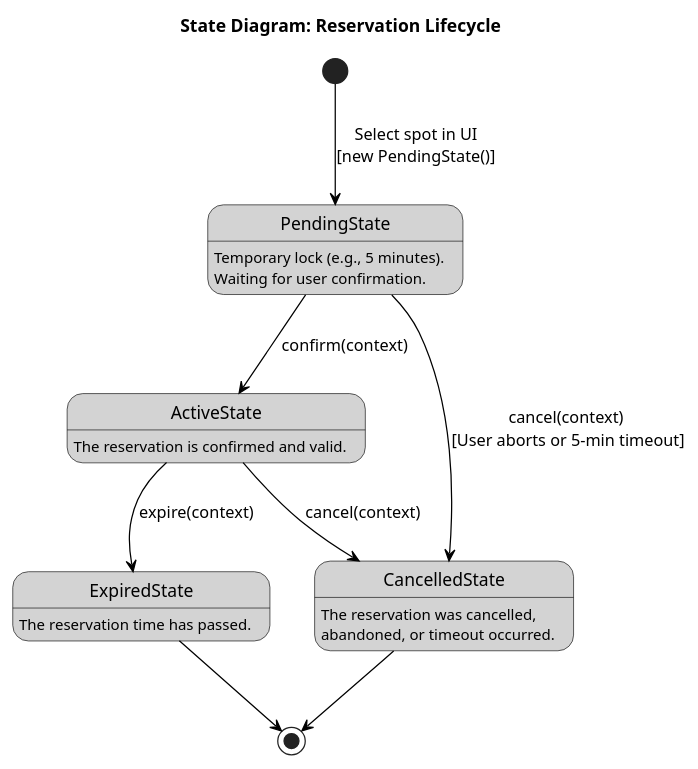
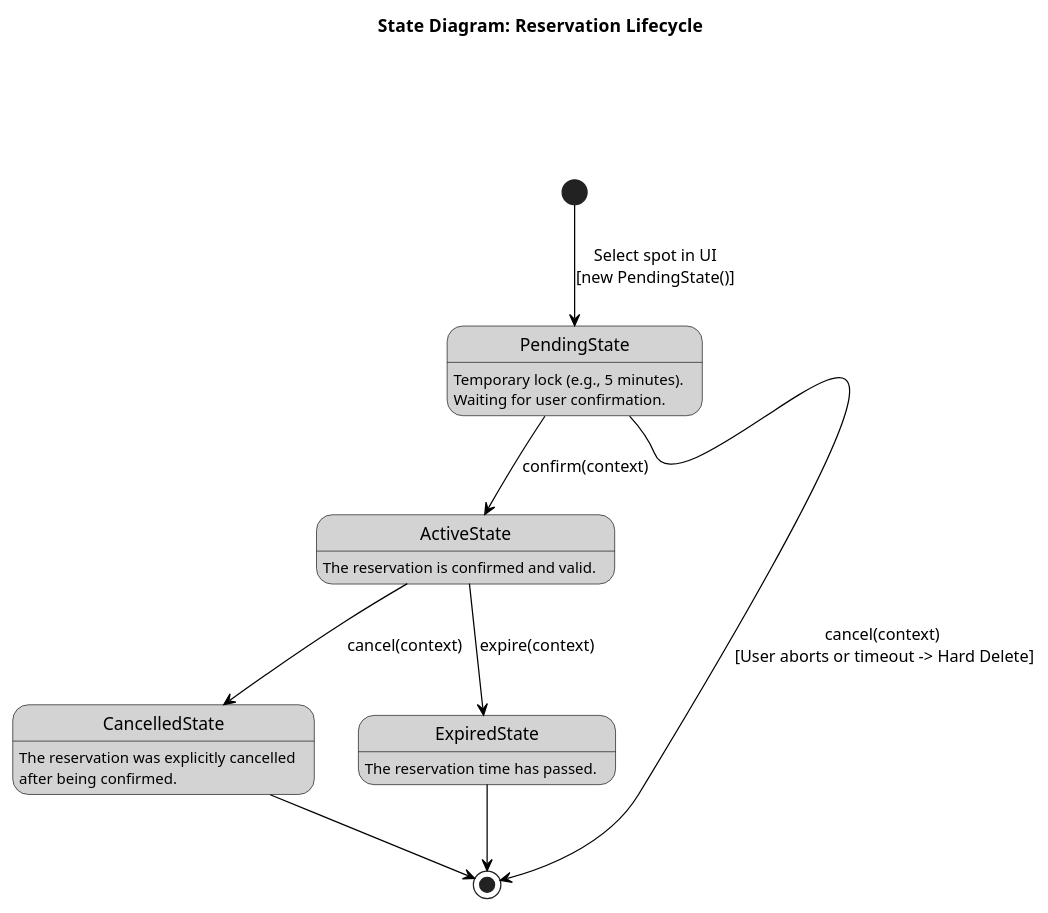
One commit to AidenCze/SWI-Project changed the diagram in docs/diagramy/state-reservation.puml. Above: the diagram before and after it, drawn with PlantUML. The commit also changed 2 other files, not shown here.

Commit message:
Add delete method to Reservation class and refine state descriptions in diagrams

```diff
--- a/docs/diagramy/state-reservation.puml
+++ b/docs/diagramy/state-reservation.puml
@@ -1,41 +1,41 @@
 @startuml
-title State Diagram: Reservation Lifecycle
+title State  Diagram: Reservation Lifecycle
 
 skinparam state {
     BackgroundColor LightGray
     BorderColor Black
     ArrowColor Black
 }
 
 ' Initial state creates a temporary lock
 [*] --> PendingState : Select spot in UI\n[new PendingState()]
 
 state PendingState {
     PendingState : Temporary lock (e.g., 5 minutes).\nWaiting for user confirmation.
 }
 
 state ActiveState {
     ActiveState : The reservation is confirmed and valid.
 }
 
 state CancelledState {
-    CancelledState : The reservation was cancelled,\nabandoned, or timeout occurred.
+    CancelledState : The reservation was explicitly cancelled\nafter being confirmed.
 }
 
 state ExpiredState {
     ExpiredState : The reservation time has passed.
 }
 
 ' Transitions from PendingState
 PendingState --> ActiveState : confirm(context)
-PendingState --> CancelledState : cancel(context) \n[User aborts or 5-min timeout]
+PendingState --> [*] : cancel(context) \n[User aborts or timeout -> Hard Delete]
 
 ' Transitions from ActiveState
 ActiveState --> CancelledState : cancel(context)
 ActiveState --> ExpiredState : expire(context)
 
 ' End of lifecycle (terminal states)
 CancelledState --> [*]
 ExpiredState --> [*]
 
 @enduml
```
